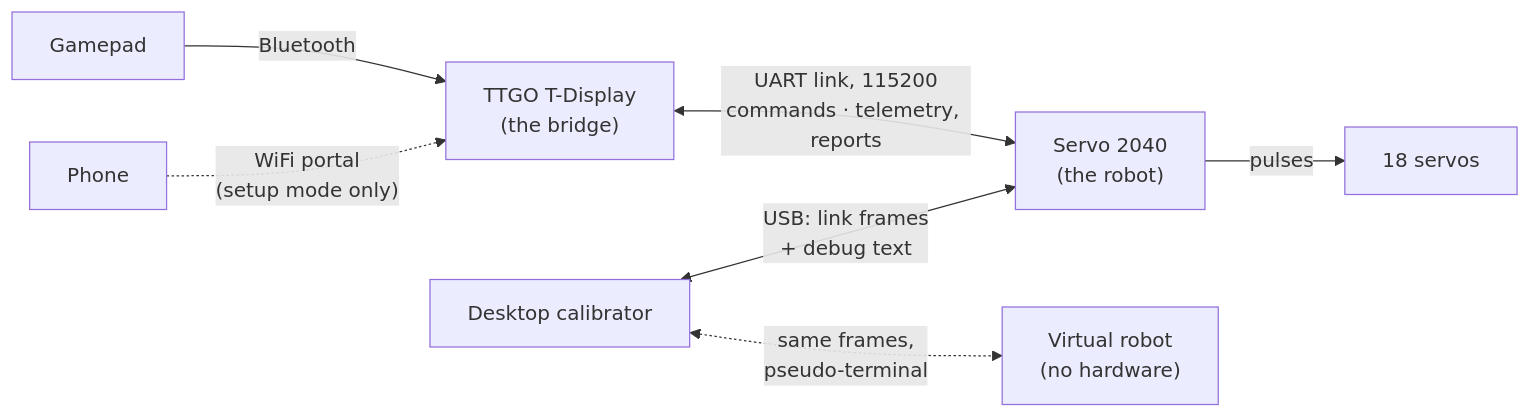
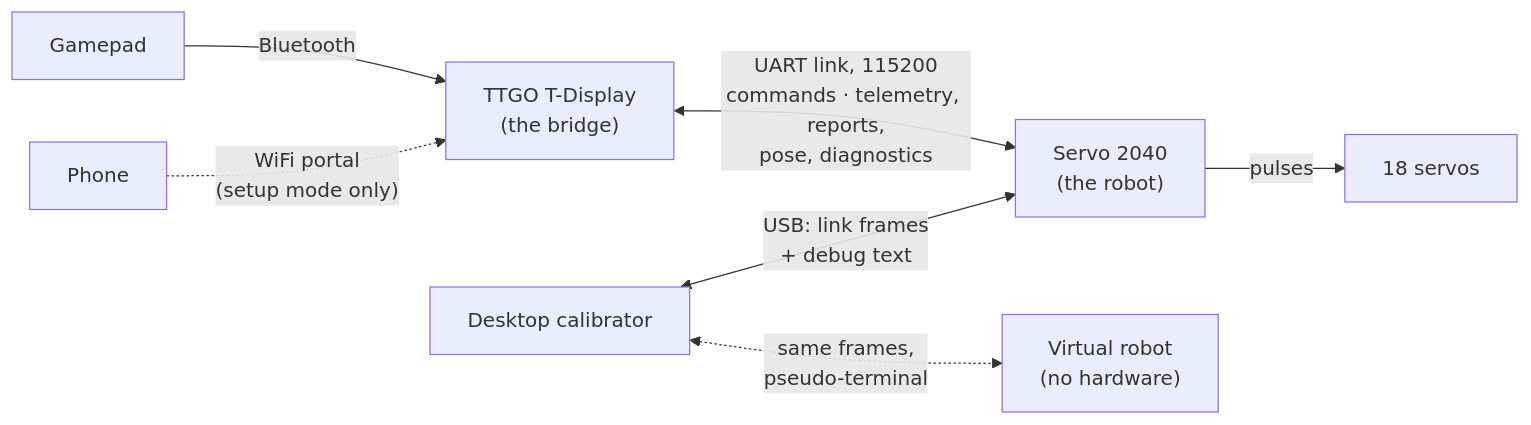
The diagram in Readme.md (blackfyre/spooder), drawn with Mermaid before and after one commit. The commit also changed other lines of this file and 7 other files, not shown here.

First line of the commit message:
relay-pose-diagnostics: Documentation

````diff
--- a/Readme.md
+++ b/Readme.md
@@ -18,9 +18,9 @@
 ```mermaid
 flowchart LR
   pad["Gamepad"] -- "Bluetooth" --> bridge["TTGO T-Display<br/>(the bridge)"]
   phone["Phone"] -. "WiFi portal<br/>(setup mode only)" .-> bridge
-  bridge <-- "UART link, 115200<br/>commands · telemetry, reports" --> robot["Servo 2040<br/>(the robot)"]
+  bridge <-- "UART link, 115200<br/>commands · telemetry, reports,<br/>pose, diagnostics" --> robot["Servo 2040<br/>(the robot)"]
   robot -- "pulses" --> servos["18 servos"]
   desktop["Desktop calibrator"] <-- "USB: link frames<br/>+ debug text" --> robot
   desktop <-. "same frames,<br/>pseudo-terminal" .-> virtual["Virtual robot<br/>(no hardware)"]
 ```
````
